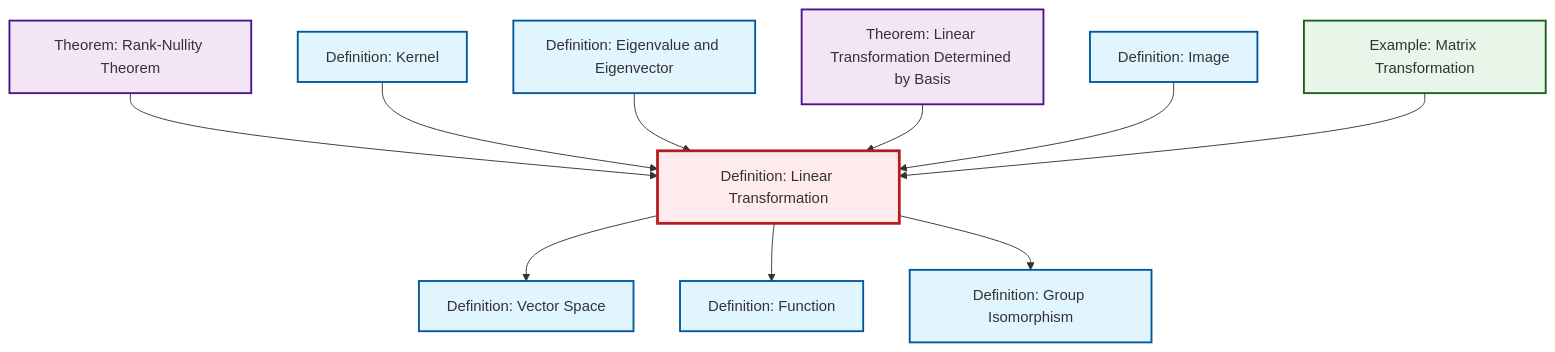
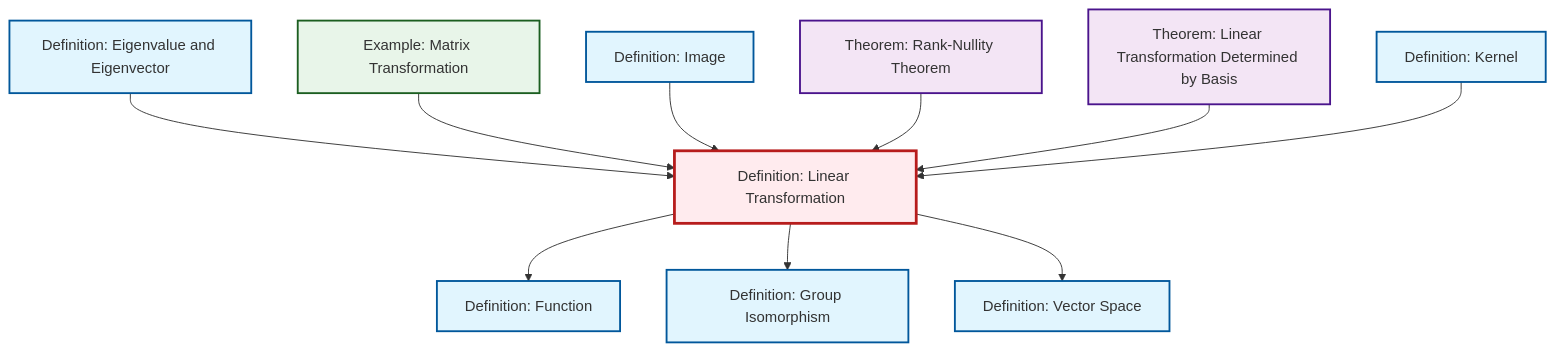
Before and after one commit to RK0429/ModernMath: the diagram in content/ja/algebra/def-linear-transformation.qmd, drawn with Mermaid. The commit also changed other lines of this file and 654 other files, not shown here.

````diff
--- a/content/ja/algebra/def-linear-transformation.qmd
+++ b/content/ja/algebra/def-linear-transformation.qmd
@@ -48,38 +48,38 @@
 ```{mermaid}
 %%| fig-cap: "Local dependency graph"
 graph TD
     classDef definition fill:#e1f5fe,stroke:#01579b,stroke-width:2px
     classDef theorem fill:#f3e5f5,stroke:#4a148c,stroke-width:2px
     classDef axiom fill:#fff3e0,stroke:#e65100,stroke-width:2px
     classDef example fill:#e8f5e9,stroke:#1b5e20,stroke-width:2px
     classDef current fill:#ffebee,stroke:#b71c1c,stroke-width:3px
+    ex-matrix-transformation["Example: Matrix Transformation"]:::example
     thm-rank-nullity["Theorem: Rank-Nullity Theorem"]:::theorem
+    def-isomorphism["Definition: Group Isomorphism"]:::definition
     def-image["Definition: Image"]:::definition
     def-eigenvalue-eigenvector["Definition: Eigenvalue and Eigenvector"]:::definition
-    def-isomorphism["Definition: Group Isomorphism"]:::definition
+    def-kernel["Definition: Kernel"]:::definition
     def-function["Definition: Function"]:::definition
+    thm-linear-transformation-basis["Theorem: Linear Transformation Determined by Basis"]:::theorem
     def-linear-transformation["Definition: Linear Transformation"]:::definition
-    def-kernel["Definition: Kernel"]:::definition
-    thm-linear-transformation-basis["Theorem: Linear Transformation Determined by Basis"]:::theorem
     def-vector-space["Definition: Vector Space"]:::definition
-    ex-matrix-transformation["Example: Matrix Transformation"]:::example
+    def-eigenvalue-eigenvector --> def-linear-transformation
+    def-linear-transformation --> def-function
+    def-linear-transformation --> def-isomorphism
     def-linear-transformation --> def-vector-space
+    ex-matrix-transformation --> def-linear-transformation
+    def-image --> def-linear-transformation
     thm-rank-nullity --> def-linear-transformation
+    thm-linear-transformation-basis --> def-linear-transformation
     def-kernel --> def-linear-transformation
-    def-linear-transformation --> def-function
-    def-eigenvalue-eigenvector --> def-linear-transformation
-    thm-linear-transformation-basis --> def-linear-transformation
-    def-linear-transformation --> def-isomorphism
-    def-image --> def-linear-transformation
-    ex-matrix-transformation --> def-linear-transformation
     class def-linear-transformation current
+    click ex-matrix-transformation "ex-matrix-transformation.html" "Example: Matrix Transformationへ"
     click thm-rank-nullity "thm-rank-nullity.html" "Theorem: Rank-Nullity Theoremへ"
+    click def-isomorphism "def-isomorphism.html" "Definition: Group Isomorphismへ"
     click def-image "def-image.html" "Definition: Imageへ"
     click def-eigenvalue-eigenvector "def-eigenvalue-eigenvector.html" "Definition: Eigenvalue and Eigenvectorへ"
-    click def-isomorphism "def-isomorphism.html" "Definition: Group Isomorphismへ"
+    click def-kernel "def-kernel.html" "Definition: Kernelへ"
     click def-function "def-function.html" "Definition: Functionへ"
-    click def-kernel "def-kernel.html" "Definition: Kernelへ"
     click thm-linear-transformation-basis "thm-linear-transformation-basis.html" "Theorem: Linear Transformation Determined by Basisへ"
     click def-vector-space "def-vector-space.html" "Definition: Vector Spaceへ"
-    click ex-matrix-transformation "ex-matrix-transformation.html" "Example: Matrix Transformationへ"
 ```
````
